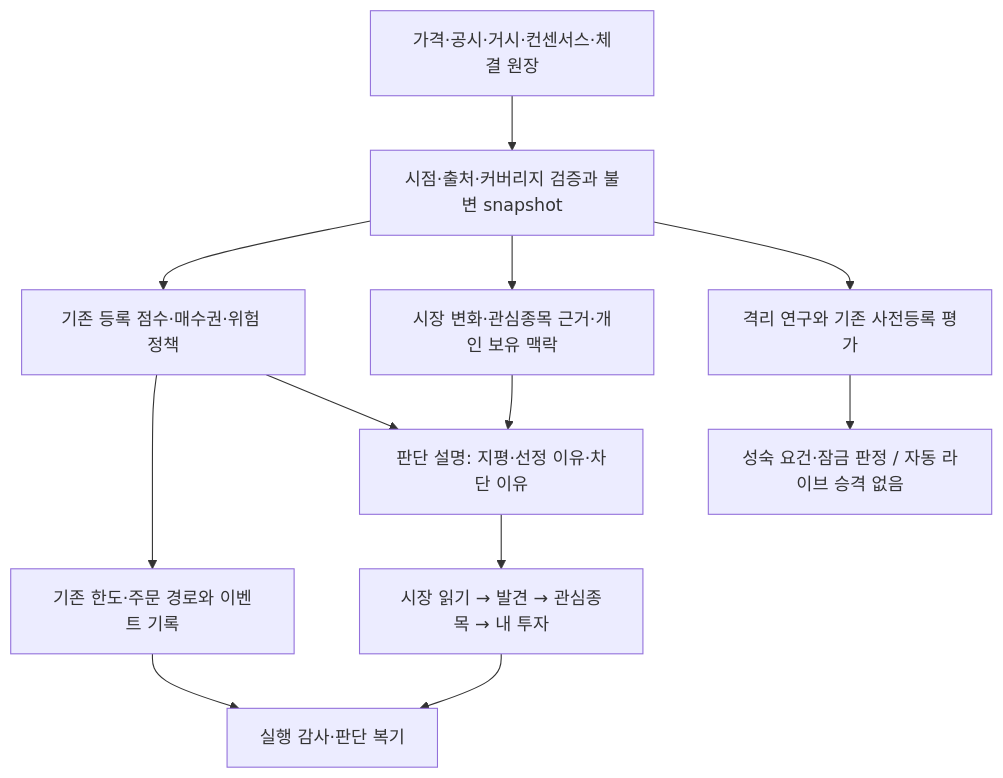
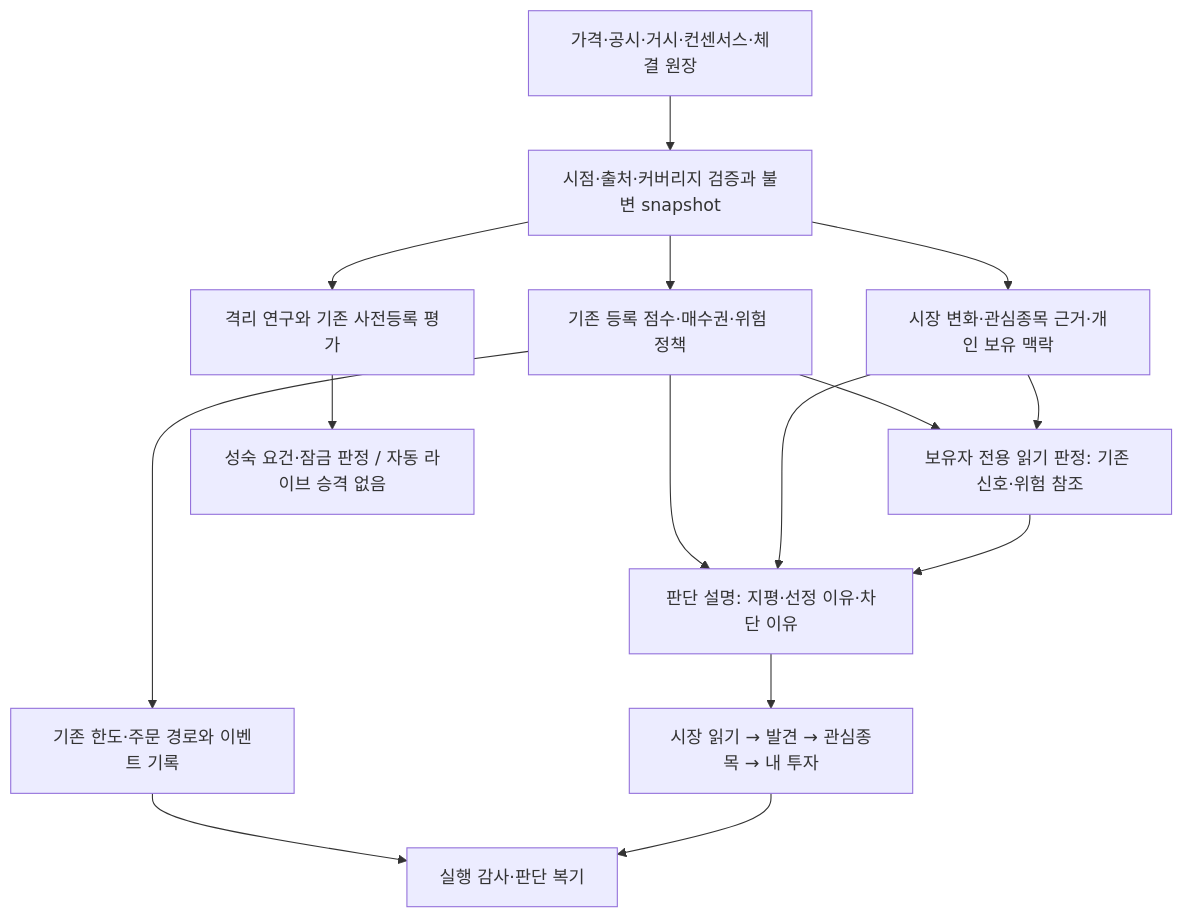
Before and after one commit to c-yeonwoo/signal-desk: the diagram in docs/SIGNAL-DESK-2.0-ROADMAP-2026-10-03.md, drawn with Mermaid. The commit also changed other lines of this file and 2 other files, not shown here.

````diff
--- a/docs/SIGNAL-DESK-2.0-ROADMAP-2026-10-03.md
+++ b/docs/SIGNAL-DESK-2.0-ROADMAP-2026-10-03.md
@@ -169,14 +179,17 @@
 ```mermaid
 flowchart TD
     A[가격·공시·거시·컨센서스·체결 원장] --> B[시점·출처·커버리지 검증과 불변 snapshot]
     B --> C[기존 등록 점수·매수권·위험 정책]
     B --> D[시장 변화·관심종목 근거·개인 보유 맥락]
+    C --> K[보유자 전용 읽기 판정: 기존 신호·위험 참조]
+    D --> K
     C --> E[기존 한도·주문 경로와 이벤트 기록]
     C --> F[판단 설명: 지평·선정 이유·차단 이유]
     D --> F
+    K --> F
     F --> G[시장 읽기 → 발견 → 관심종목 → 내 투자]
     E --> H[실행 감사·판단 복기]
     G --> H
     B --> I[격리 연구와 기존 사전등록 평가]
     I --> J[성숙 요건·잠금 판정 / 자동 라이브 승격 없음]
 ```
````
